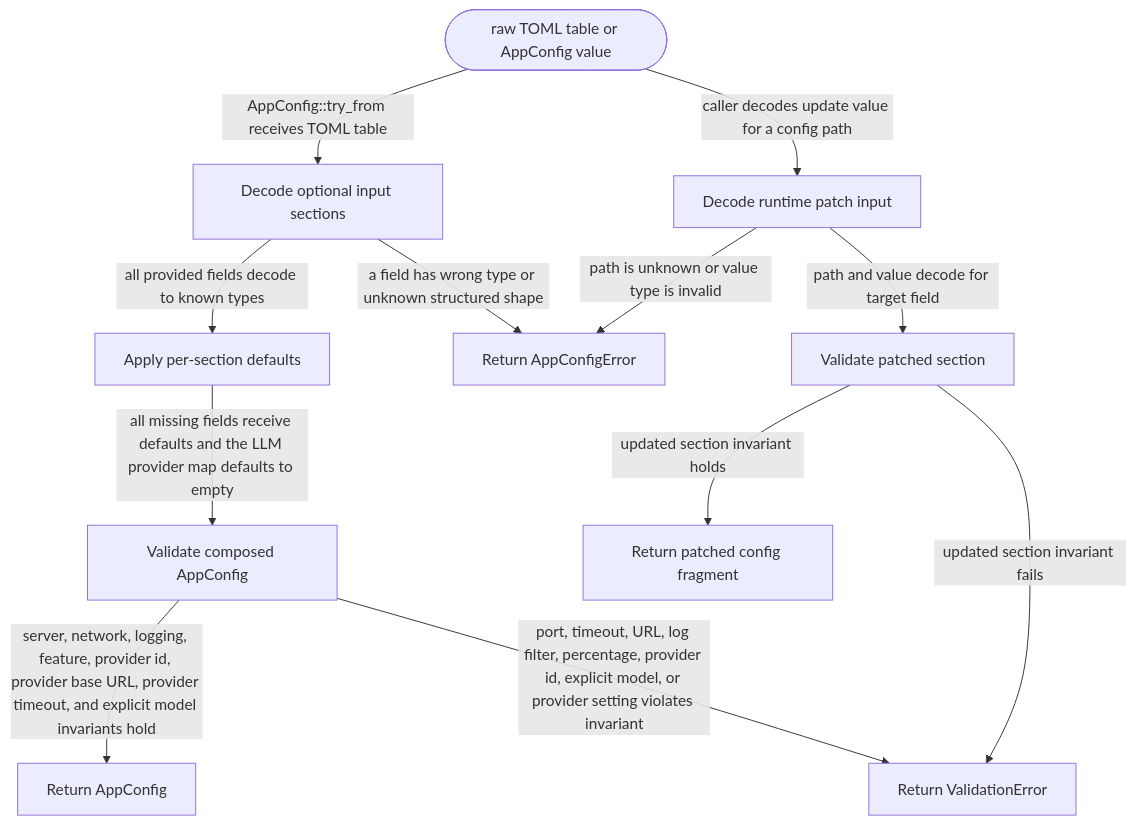
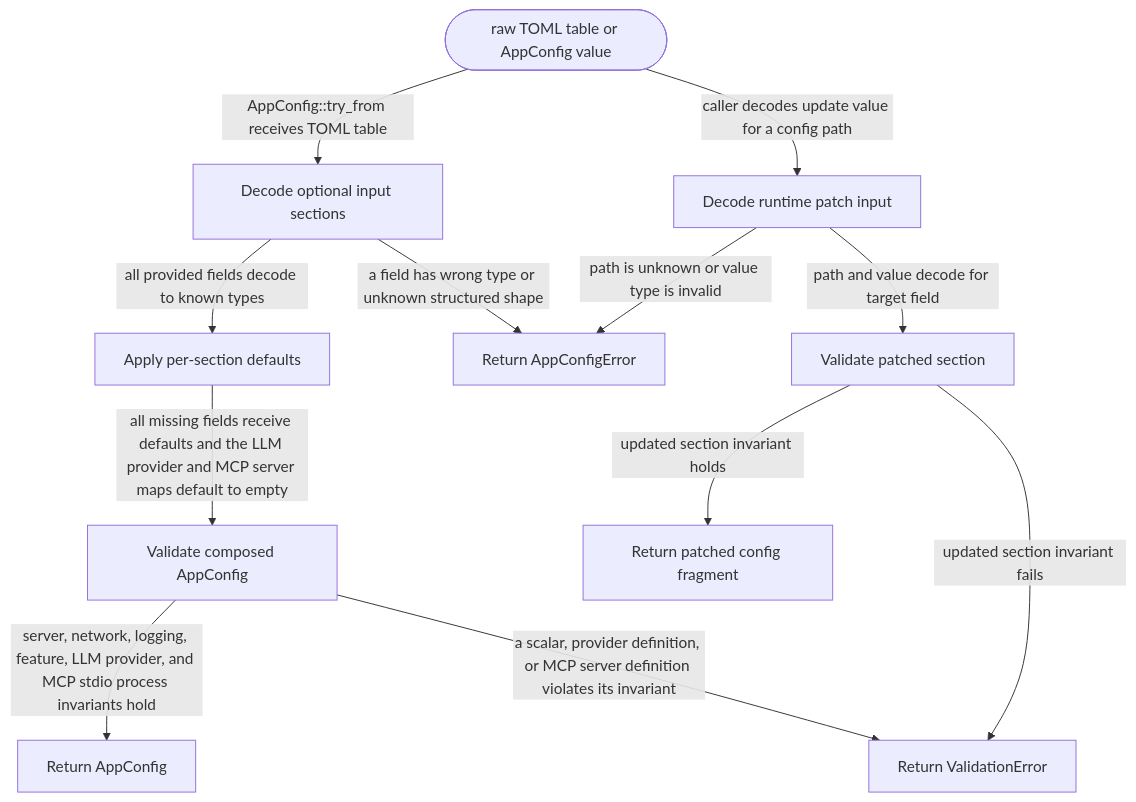
One commit to JiaJunDeng5930/Selvedge changed the diagram in crates/config-model/README.md. Above: the diagram before and after it, drawn with Mermaid. The commit also changed other lines of this file and 4 other files, not shown here.

Commit message:
feat(config): add stdio mcp server settings

````diff
--- a/crates/config-model/README.md
+++ b/crates/config-model/README.md
@@ -135,25 +140,25 @@
 ```mermaid
 flowchart TD
   Start([raw TOML table or AppConfig value])
   Decode[Decode optional input sections]
   Defaults[Apply per-section defaults]
   Validate[Validate composed AppConfig]
   Ready[Return AppConfig]
   DecodeError[Return AppConfigError]
   ValidationError[Return ValidationError]
   PatchInput[Decode runtime patch input]
   PatchValidate[Validate patched section]
   PatchReady[Return patched config fragment]
 
   Start -->|AppConfig::try_from receives TOML table| Decode
   Decode -->|all provided fields decode to known types| Defaults
   Decode -->|a field has wrong type or unknown structured shape| DecodeError
-  Defaults -->|all missing fields receive defaults and the LLM provider map defaults to empty| Validate
-  Validate -->|server, network, logging, feature, provider id, provider base URL, provider timeout, and explicit model invariants hold| Ready
-  Validate -->|port, timeout, URL, log filter, percentage, provider id, explicit model, or provider setting violates invariant| ValidationError
+  Defaults -->|all missing fields receive defaults and the LLM provider and MCP server maps default to empty| Validate
+  Validate -->|server, network, logging, feature, LLM provider, and MCP stdio process invariants hold| Ready
+  Validate -->|a scalar, provider definition, or MCP server definition violates its invariant| ValidationError
   Start -->|caller decodes update value for a config path| PatchInput
   PatchInput -->|path and value decode for target field| PatchValidate
   PatchInput -->|path is unknown or value type is invalid| DecodeError
   PatchValidate -->|updated section invariant holds| PatchReady
   PatchValidate -->|updated section invariant fails| ValidationError
 ```
````
